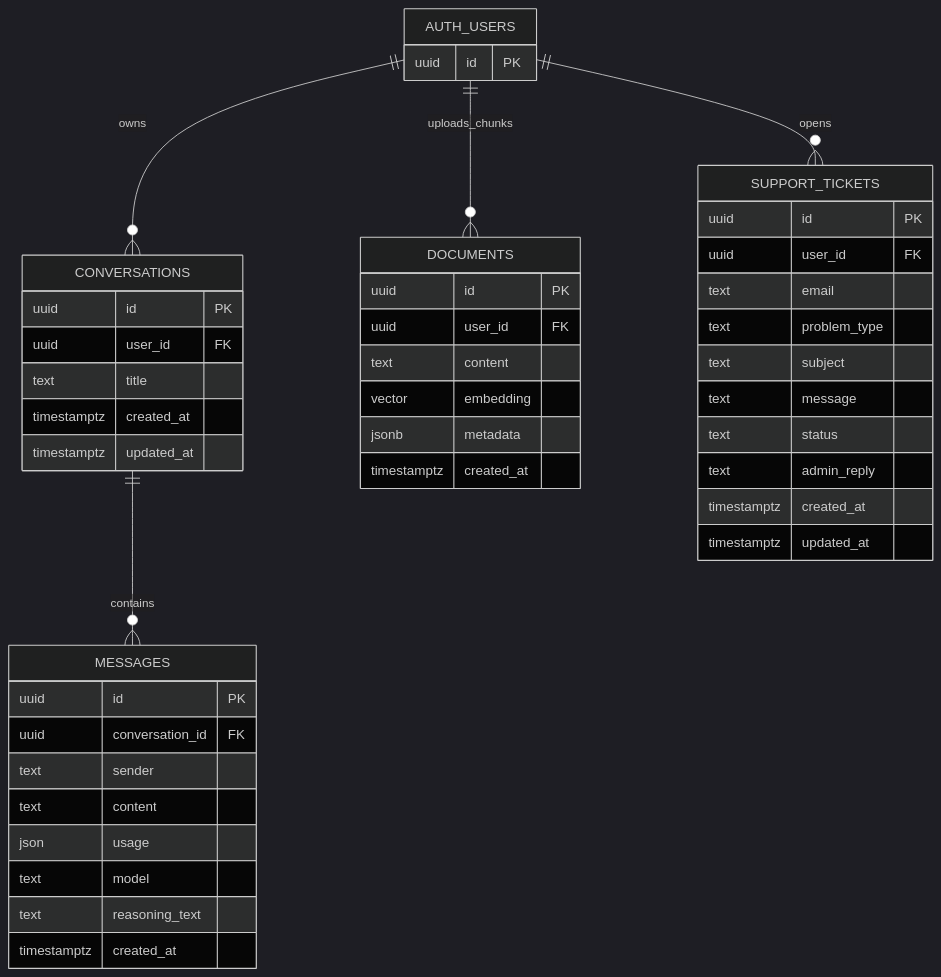
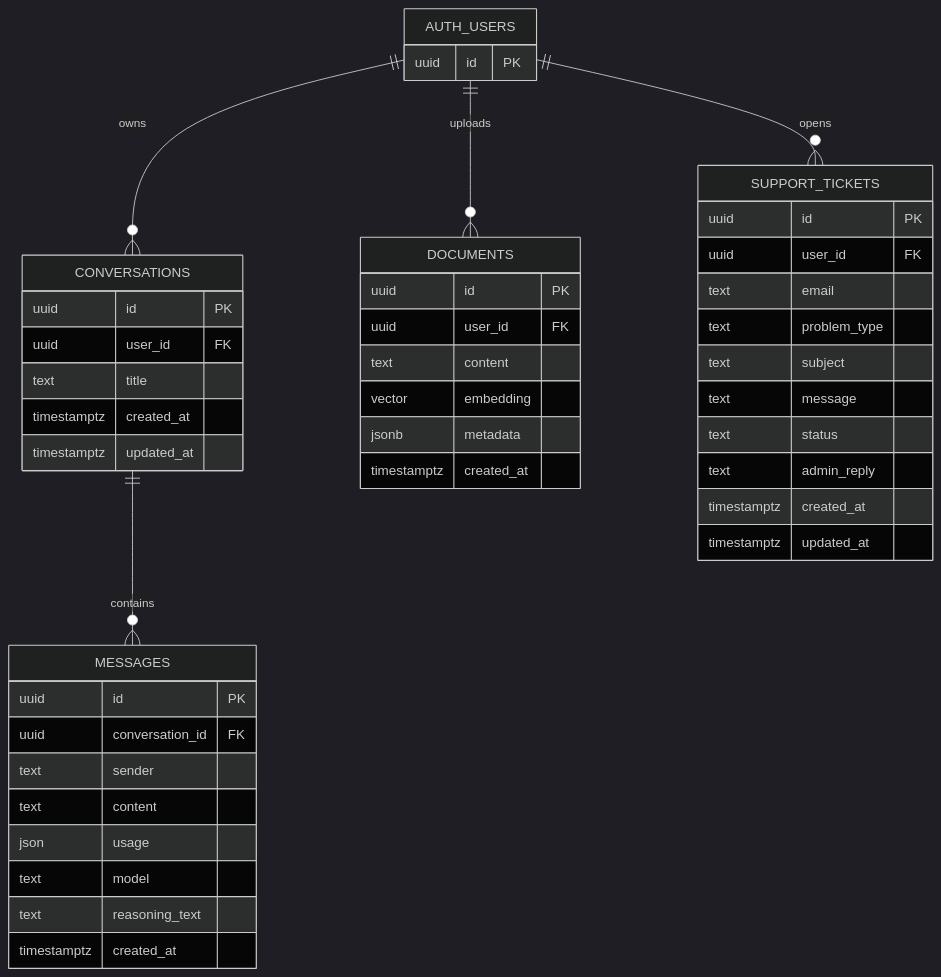
Before and after one commit to paparesta-007/progetto-maturita: the diagram in README.md, drawn with Mermaid (dark theme). The commit also changed other lines of this file, not shown here.

Commit message:
docs: refine ER map labels and metadata note in README
Agent-Logs-Url: https://github.com/paparesta-007/progetto-maturita/sessions/430345e3-6035-486a-8a55-0acc7bc4deff

````diff
--- a/README.md
+++ b/README.md
@@ -197,52 +197,52 @@
 ```mermaid
 erDiagram
     AUTH_USERS ||--o{ CONVERSATIONS : owns
     CONVERSATIONS ||--o{ MESSAGES : contains
-    AUTH_USERS ||--o{ DOCUMENTS : uploads_chunks
+    AUTH_USERS ||--o{ DOCUMENTS : uploads
     AUTH_USERS ||--o{ SUPPORT_TICKETS : opens
 
     AUTH_USERS {
         uuid id PK
     }
 
     CONVERSATIONS {
         uuid id PK
         uuid user_id FK
         text title
         timestamptz created_at
         timestamptz updated_at
     }
 
     MESSAGES {
         uuid id PK
         uuid conversation_id FK
         text sender
         text content
         json usage
         text model
         text reasoning_text
         timestamptz created_at
     }
 
     DOCUMENTS {
         uuid id PK
         uuid user_id FK
         text content
         vector embedding
         jsonb metadata
         timestamptz created_at
     }
 
     SUPPORT_TICKETS {
         uuid id PK
         uuid user_id FK
         text email
         text problem_type
         text subject
         text message
         text status
         text admin_reply
         timestamptz created_at
         timestamptz updated_at
     }
 ```
````
